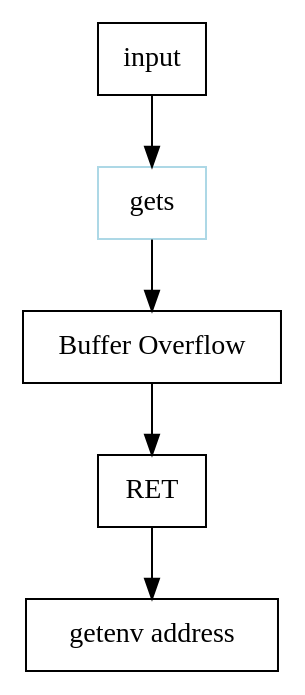
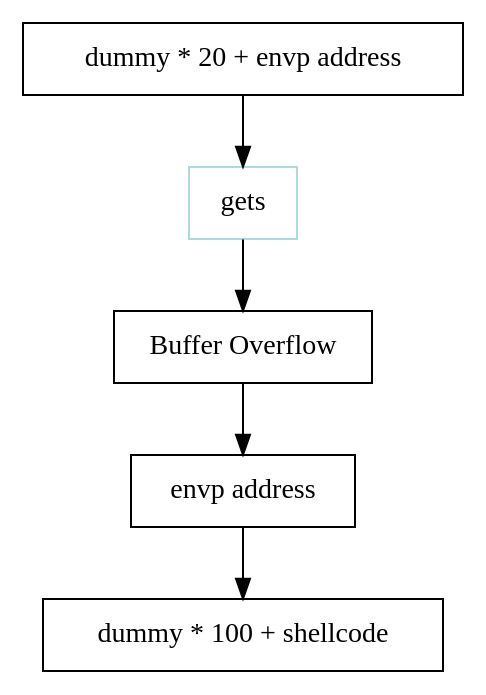
The diagram in docs/wargame/pwnable/lob3.rst (joizel/ctf_writeup), drawn with Graphviz before and after one commit. The commit also changed other lines of this file and 11 other files, not shown here.

```diff
--- a/docs/wargame/pwnable/lob3.rst
+++ b/docs/wargame/pwnable/lob3.rst
@@ -6,11 +6,11 @@
 .. graphviz::
 
     digraph foo {
         a -> b -> c -> d -> e;
 
-        a [shape=box, label="input"];
+        a [shape=box, label="dummy * 20 + envp address"];
         b [shape=box, color=lightblue, label="gets"];
         c [shape=box, label="Buffer Overflow"];
-        d [shape=box, label="RET"];
-        e [shape=box, label="getenv address"];
+        d [shape=box, label="envp address"];
+        e [shape=box, label="dummy * 100 + shellcode"];
     }
```
